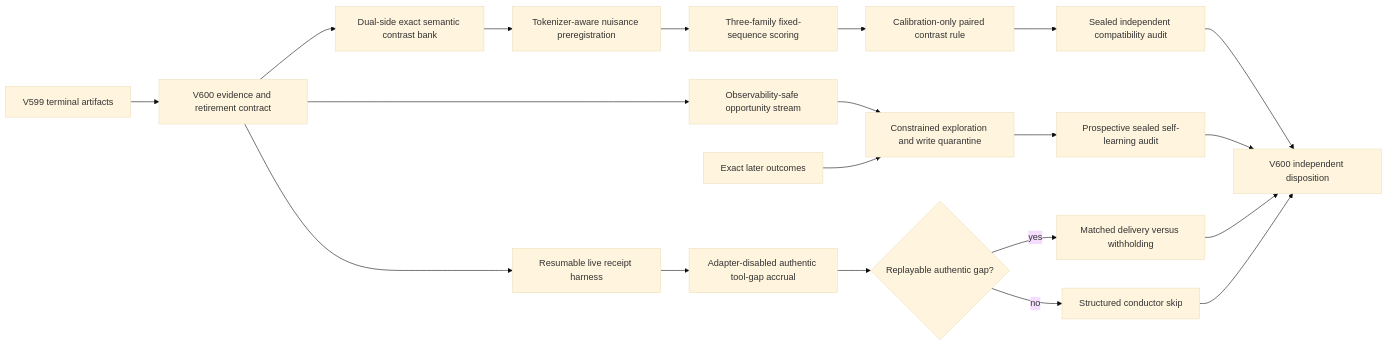
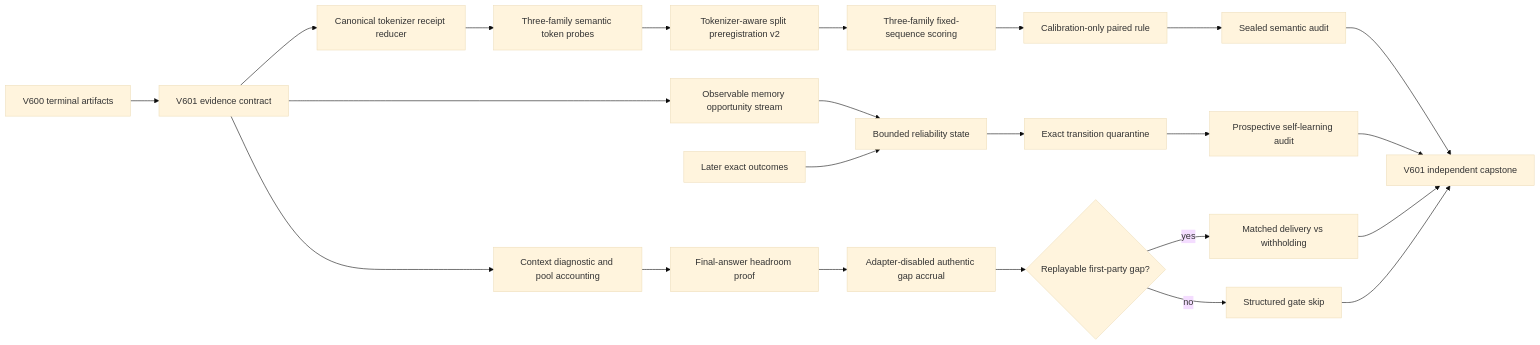
The diagram in openspec/change-proposals/research-roadmap-vNEXT.md (Carnot-EBM/carnot-ebm), drawn with Mermaid (base theme) before and after one commit. The commit also changed other lines of this file and 12 other files, not shown here.

````diff
--- a/openspec/change-proposals/research-roadmap-vNEXT.md
+++ b/openspec/change-proposals/research-roadmap-vNEXT.md
@@ -132,26 +122,29 @@
 ```mermaid
 flowchart LR
-    A[V599 terminal artifacts] --> B[V600 evidence and retirement contract]
+    A[V600 terminal artifacts] --> B[V601 evidence contract]
 
-    B --> C[Dual-side exact semantic contrast bank]
-    C --> D[Tokenizer-aware nuisance preregistration]
-    D --> E[Three-family fixed-sequence scoring]
-    E --> F[Calibration-only paired contrast rule]
-    F --> G[Sealed independent compatibility audit]
+    B --> C[Canonical tokenizer receipt reducer]
+    C --> D[Three-family semantic token probes]
+    D --> E[Tokenizer-aware split preregistration v2]
+    E --> F[Three-family fixed-sequence scoring]
+    F --> G[Calibration-only paired rule]
+    G --> H[Sealed semantic audit]
 
-    B --> H[Observability-safe opportunity stream]
-    H --> I[Constrained exploration and write quarantine]
-    J[Exact later outcomes] --> I
-    I --> K[Prospective sealed self-learning audit]
+    B --> I[Observable memory opportunity stream]
+    I --> J[Bounded reliability state]
+    K[Later exact outcomes] --> J
+    J --> L[Exact transition quarantine]
+    L --> M[Prospective self-learning audit]
 
-    B --> L[Resumable live receipt harness]
-    L --> M[Adapter-disabled authentic tool-gap accrual]
-    M --> N{Replayable authentic gap?}
-    N -->|yes| O[Matched delivery versus withholding]
-    N -->|no| P[Structured conductor skip]
+    B --> N[Context diagnostic and pool accounting]
+    N --> O[Final-answer headroom proof]
+    O --> P[Adapter-disabled authentic gap accrual]
+    P --> Q{Replayable first-party gap?}
+    Q -->|yes| R[Matched delivery vs withholding]
+    Q -->|no| S[Structured gate skip]
 
-    G --> Q[V600 independent disposition]
-    K --> Q
-    O --> Q
-    P --> Q
+    H --> T[V601 independent capstone]
+    M --> T
+    R --> T
+    S --> T
 ```
````
